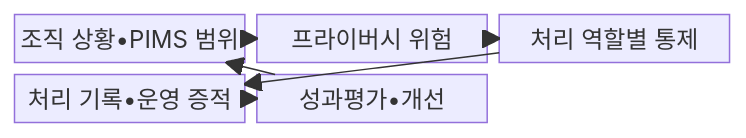
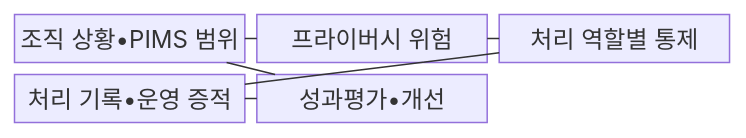
One commit to agnusdei1207/knowledge-base changed the first of 2 diagrams in src/content/docs/notes/05-security/107_iso_27701.md. Above: the diagram before and after it, drawn with Mermaid. The commit also changed other lines of this file and 493 other files, not shown here.

````diff
--- a/src/content/docs/notes/05-security/107_iso_27701.md
+++ b/src/content/docs/notes/05-security/107_iso_27701.md
@@ -63,14 +63,14 @@
 ```mermaid
-block
+block-beta
   columns 3
   O["조직 상황•PIMS 범위"]
   R["프라이버시 위험"]
   C["처리 역할별 통제"]
   E["처리 기록•운영 증적"]
   I["성과평가•개선"]
-  O --> R
-  R --> C
-  C --> E
-  E --> I
-  I --> O
+  O --- R
+  R --- C
+  C --- E
+  E --- I
+  I --- O
 ```
````
